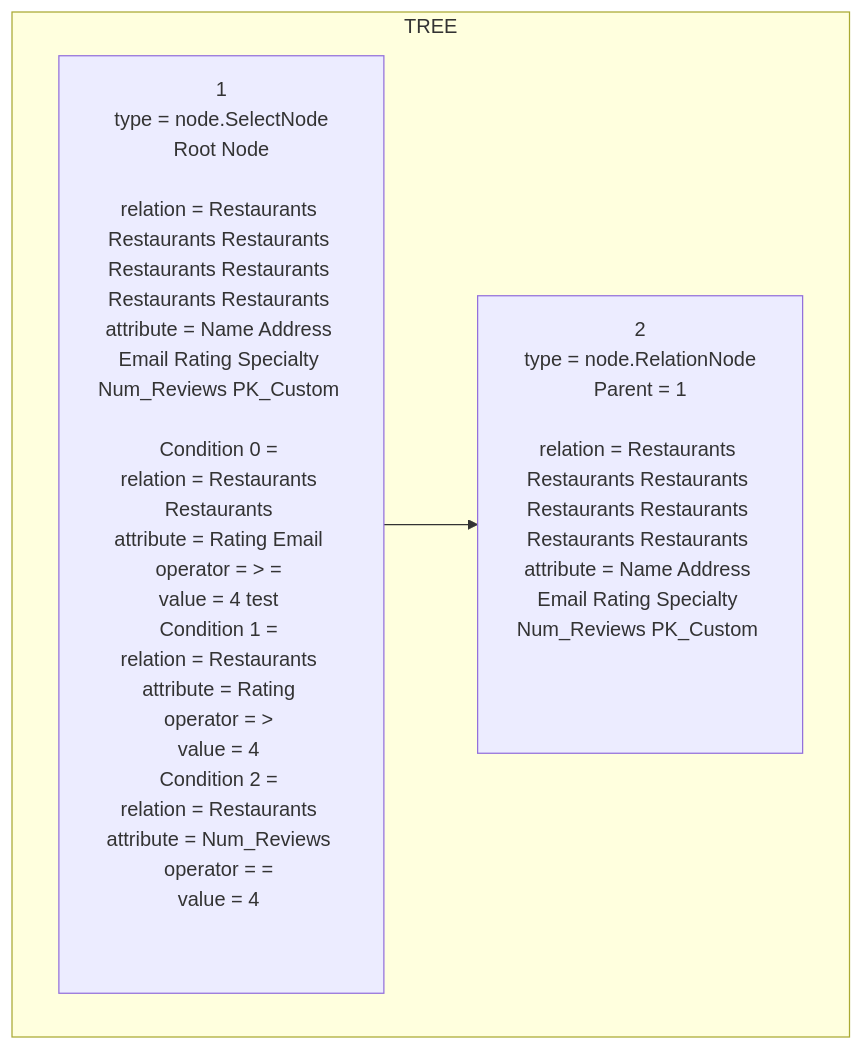
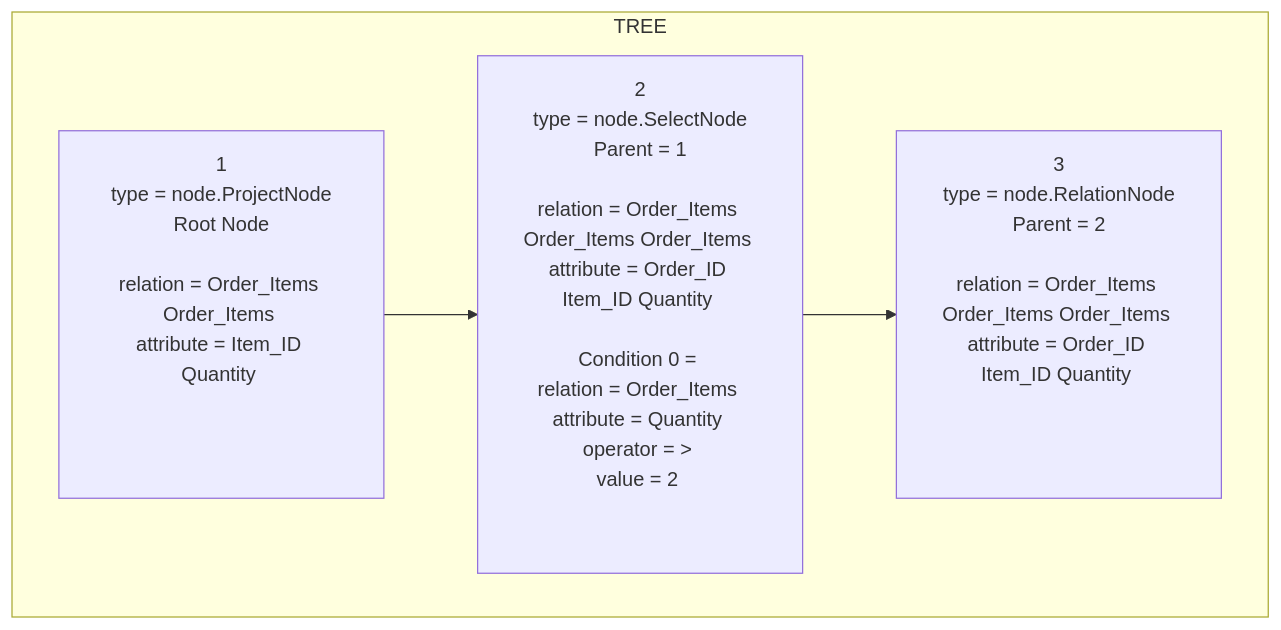
One commit to krtikgrg/Distributed_Database_System changed the diagram in phase2/src/selection_optimized.md. Above: the diagram before and after it, drawn with Mermaid. The commit also changed 8 other files, not shown here.

````diff
--- a/phase2/src/selection_optimized.md
+++ b/phase2/src/selection_optimized.md
@@ -1,8 +1,10 @@
 ```mermaid
 graph TD
 subgraph TREE
-1[1<br/>type = node.SelectNode<br/>Root Node<br/><br/>relation = Restaurants Restaurants Restaurants Restaurants Restaurants Restaurants Restaurants <br/>attribute = Name Address Email Rating Specialty Num_Reviews PK_Custom <br/><br/>Condition 0 = <br/>relation = Restaurants Restaurants <br/>attribute = Rating Email <br/>operator = > = <br/>value = 4 test <br/>Condition 1 = <br/>relation = Restaurants <br/>attribute = Rating <br/>operator = > <br/>value = 4 <br/>Condition 2 = <br/>relation = Restaurants <br/>attribute = Num_Reviews <br/>operator = = <br/>value = 4 <br/><br/><br/>]
-2[2<br/>type = node.RelationNode<br/>Parent = 1<br/><br/>relation = Restaurants Restaurants Restaurants Restaurants Restaurants Restaurants Restaurants <br/>attribute = Name Address Email Rating Specialty Num_Reviews PK_Custom <br/><br/><br/><br/>]
+1[1<br/>type = node.ProjectNode<br/>Root Node<br/><br/>relation = Order_Items Order_Items <br/>attribute = Item_ID Quantity <br/><br/><br/><br/>]
+2[2<br/>type = node.SelectNode<br/>Parent = 1<br/><br/>relation = Order_Items Order_Items Order_Items <br/>attribute = Order_ID Item_ID Quantity <br/><br/>Condition 0 = <br/>relation = Order_Items <br/>attribute = Quantity <br/>operator = > <br/>value = 2 <br/><br/><br/>]
 1-->2
+3[3<br/>type = node.RelationNode<br/>Parent = 2<br/><br/>relation = Order_Items Order_Items Order_Items <br/>attribute = Order_ID Item_ID Quantity <br/><br/><br/><br/>]
+2-->3
 end
 ```
````
